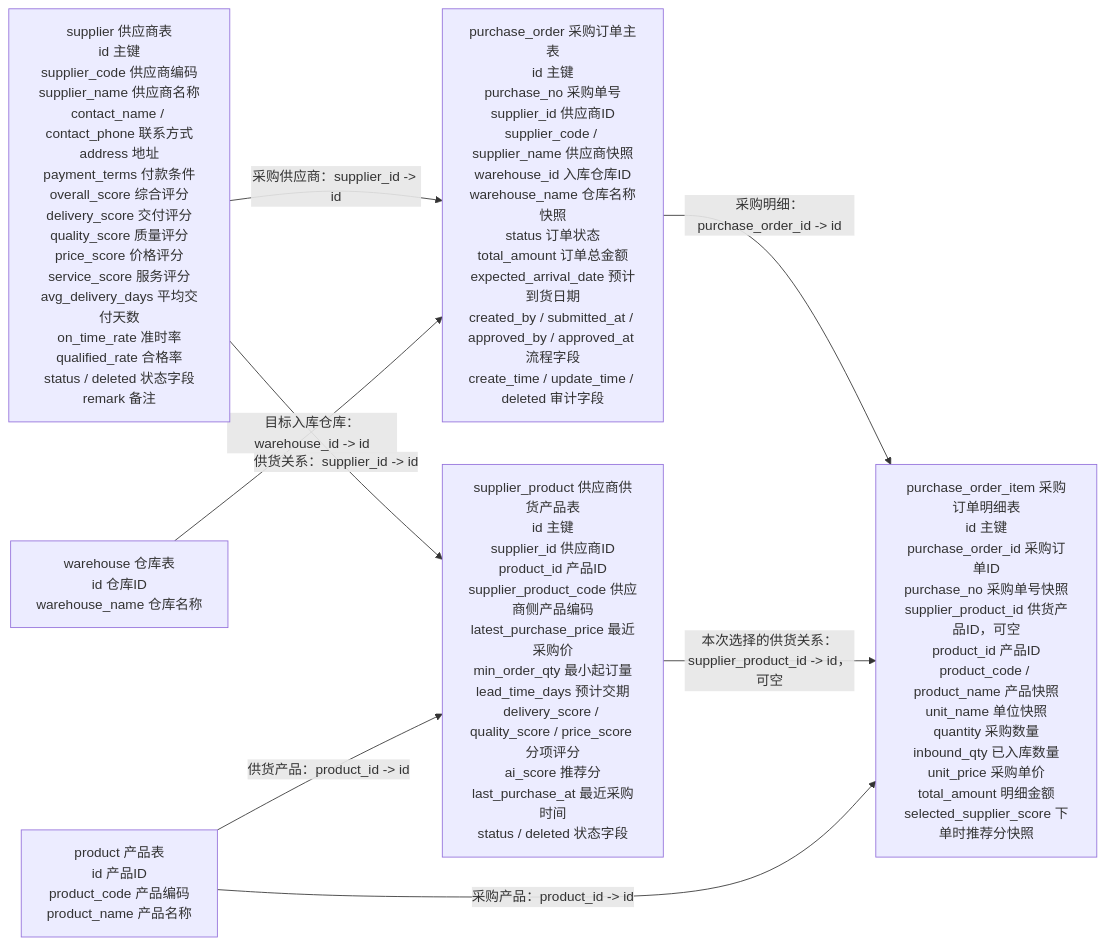
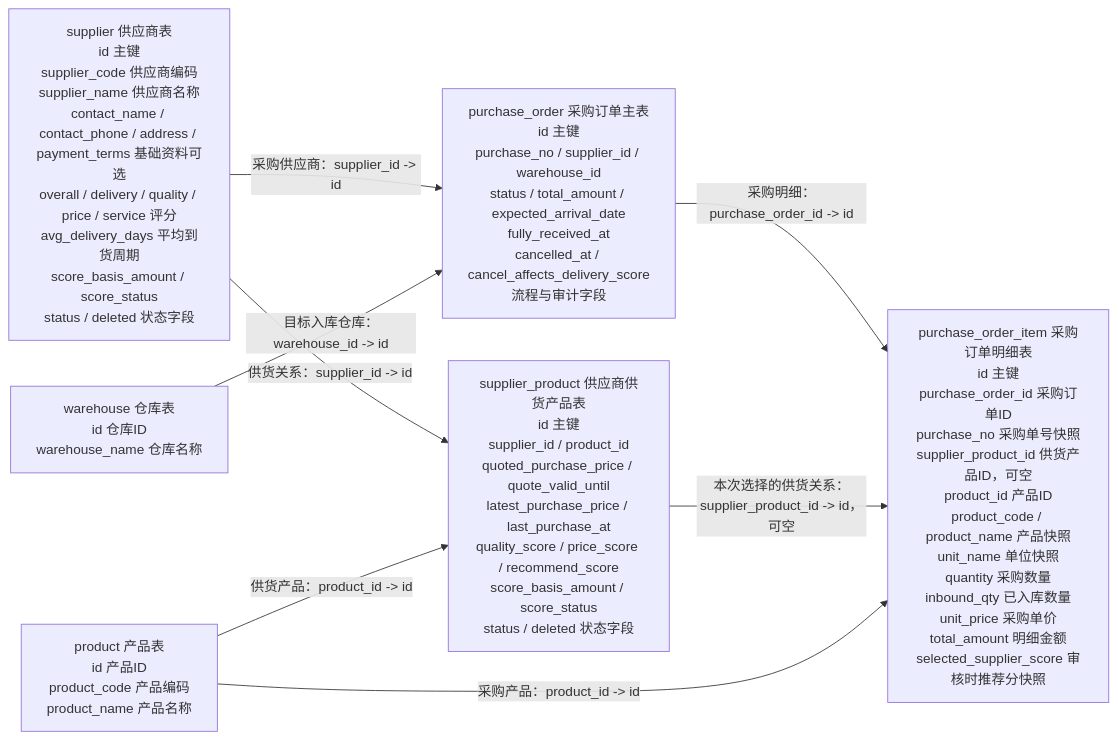
Before and after one commit to LI-S-H/qiheng-erp: the eighth of 11 diagrams in docs/database/mvp-database-design-overview.md, drawn with Mermaid. The commit also changed other lines of this file and 12 other files, not shown here.

````diff
--- a/docs/database/mvp-database-design-overview.md
+++ b/docs/database/mvp-database-design-overview.md
@@ -763,17 +764,17 @@
 ```mermaid
 flowchart LR
-    supplier["supplier 供应商表<br/>id 主键<br/>supplier_code 供应商编码<br/>supplier_name 供应商名称<br/>contact_name / contact_phone 联系方式<br/>address 地址<br/>payment_terms 付款条件<br/>overall_score 综合评分<br/>delivery_score 交付评分<br/>quality_score 质量评分<br/>price_score 价格评分<br/>service_score 服务评分<br/>avg_delivery_days 平均交付天数<br/>on_time_rate 准时率<br/>qualified_rate 合格率<br/>status / deleted 状态字段<br/>remark 备注"]
-    supplierProduct["supplier_product 供应商供货产品表<br/>id 主键<br/>supplier_id 供应商ID<br/>product_id 产品ID<br/>supplier_product_code 供应商侧产品编码<br/>latest_purchase_price 最近采购价<br/>min_order_qty 最小起订量<br/>lead_time_days 预计交期<br/>delivery_score / quality_score / price_score 分项评分<br/>ai_score 推荐分<br/>last_purchase_at 最近采购时间<br/>status / deleted 状态字段"]
-    purchaseOrder["purchase_order 采购订单主表<br/>id 主键<br/>purchase_no 采购单号<br/>supplier_id 供应商ID<br/>supplier_code / supplier_name 供应商快照<br/>warehouse_id 入库仓库ID<br/>warehouse_name 仓库名称快照<br/>status 订单状态<br/>total_amount 订单总金额<br/>expected_arrival_date 预计到货日期<br/>created_by / submitted_at / approved_by / approved_at 流程字段<br/>create_time / update_time / deleted 审计字段"]
-    purchaseItem["purchase_order_item 采购订单明细表<br/>id 主键<br/>purchase_order_id 采购订单ID<br/>purchase_no 采购单号快照<br/>supplier_product_id 供货产品ID，可空<br/>product_id 产品ID<br/>product_code / product_name 产品快照<br/>unit_name 单位快照<br/>quantity 采购数量<br/>inbound_qty 已入库数量<br/>unit_price 采购单价<br/>total_amount 明细金额<br/>selected_supplier_score 下单时推荐分快照"]
+    supplier["supplier 供应商表<br/>id 主键<br/>supplier_code 供应商编码<br/>supplier_name 供应商名称<br/>contact_name / contact_phone / address / payment_terms 基础资料可选<br/>overall / delivery / quality / price / service 评分<br/>avg_delivery_days 平均到货周期<br/>score_basis_amount / score_status<br/>status / deleted 状态字段"]
+    supplierProduct["supplier_product 供应商供货产品表<br/>id 主键<br/>supplier_id / product_id<br/>quoted_purchase_price / quote_valid_until<br/>latest_purchase_price / last_purchase_at<br/>quality_score / price_score / recommend_score<br/>score_basis_amount / score_status<br/>status / deleted 状态字段"]
+    purchaseOrder["purchase_order 采购订单主表<br/>id 主键<br/>purchase_no / supplier_id / warehouse_id<br/>status / total_amount / expected_arrival_date<br/>fully_received_at<br/>cancelled_at / cancel_affects_delivery_score<br/>流程与审计字段"]
+    purchaseItem["purchase_order_item 采购订单明细表<br/>id 主键<br/>purchase_order_id 采购订单ID<br/>purchase_no 采购单号快照<br/>supplier_product_id 供货产品ID，可空<br/>product_id 产品ID<br/>product_code / product_name 产品快照<br/>unit_name 单位快照<br/>quantity 采购数量<br/>inbound_qty 已入库数量<br/>unit_price 采购单价<br/>total_amount 明细金额<br/>selected_supplier_score 审核时推荐分快照"]
     productRef["product 产品表<br/>id 产品ID<br/>product_code 产品编码<br/>product_name 产品名称"]
     warehouseRef["warehouse 仓库表<br/>id 仓库ID<br/>warehouse_name 仓库名称"]
 
     supplier -->|"供货关系：supplier_id -> id"| supplierProduct
     productRef -->|"供货产品：product_id -> id"| supplierProduct
     supplier -->|"采购供应商：supplier_id -> id"| purchaseOrder
     warehouseRef -->|"目标入库仓库：warehouse_id -> id"| purchaseOrder
     purchaseOrder -->|"采购明细：purchase_order_id -> id"| purchaseItem
     supplierProduct -->|"本次选择的供货关系：supplier_product_id -> id，可空"| purchaseItem
     productRef -->|"采购产品：product_id -> id"| purchaseItem
 ```
````
